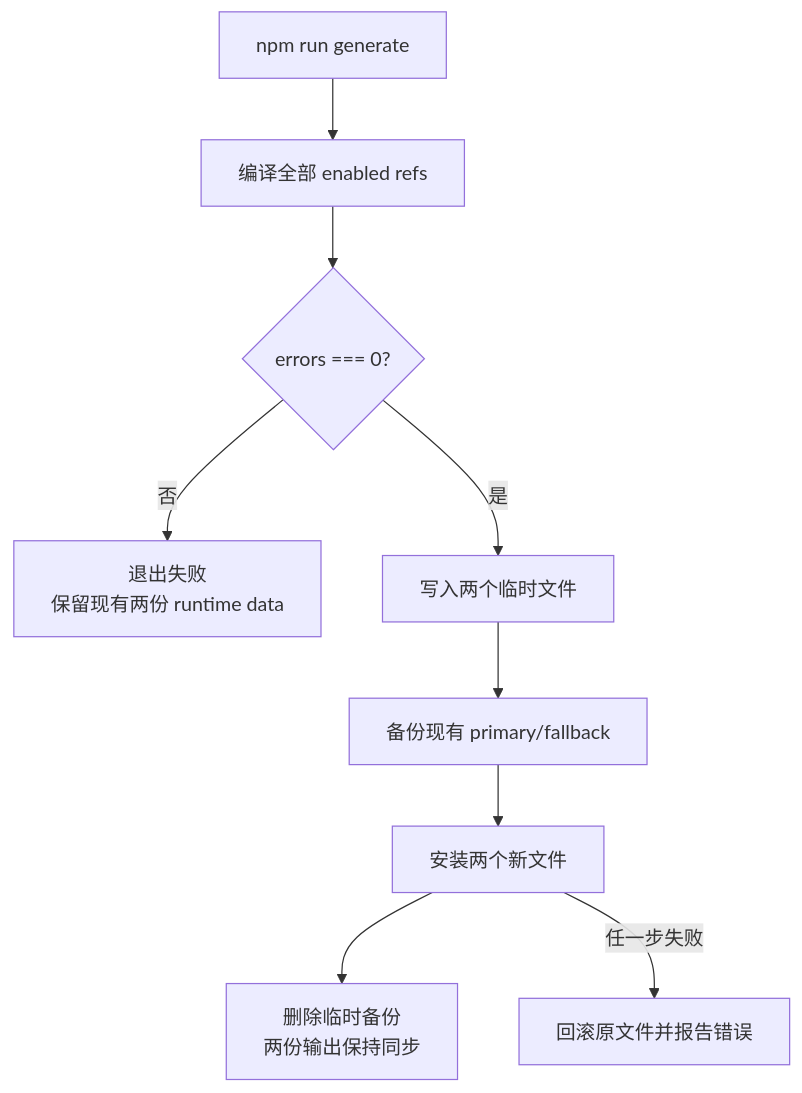
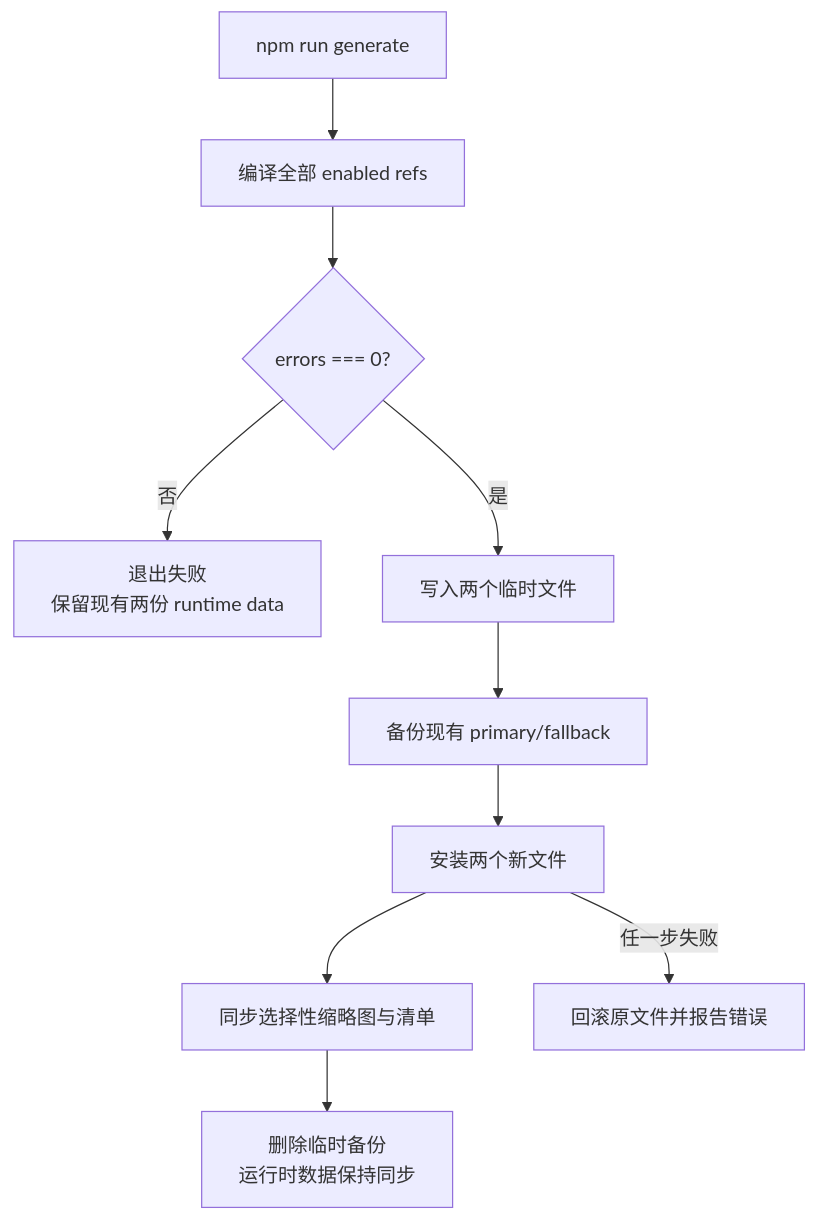
The fifth of 5 diagrams in docs/archive-data-flow.md (bjzgcai/AI-History-Show), drawn with Mermaid before and after one commit. The commit also changed other lines of this file and 5 other files, not shown here.

````diff
--- a/docs/archive-data-flow.md
+++ b/docs/archive-data-flow.md
@@ -164,11 +166,12 @@
 ```mermaid
 flowchart TD
     START["npm run generate"] --> COMPILE["编译全部 enabled refs"]
     COMPILE --> CHECK{"errors === 0?"}
     CHECK -->|否| ABORT["退出失败<br/>保留现有两份 runtime data"]
     CHECK -->|是| TEMP["写入两个临时文件"]
     TEMP --> BACKUP["备份现有 primary/fallback"]
     BACKUP --> INSTALL["安装两个新文件"]
-    INSTALL --> DONE["删除临时备份<br/>两份输出保持同步"]
+    INSTALL --> THUMBNAILS["同步选择性缩略图与清单"]
+    THUMBNAILS --> DONE["删除临时备份<br/>运行时数据保持同步"]
     INSTALL -->|任一步失败| ROLLBACK["回滚原文件并报告错误"]
 ```
````
